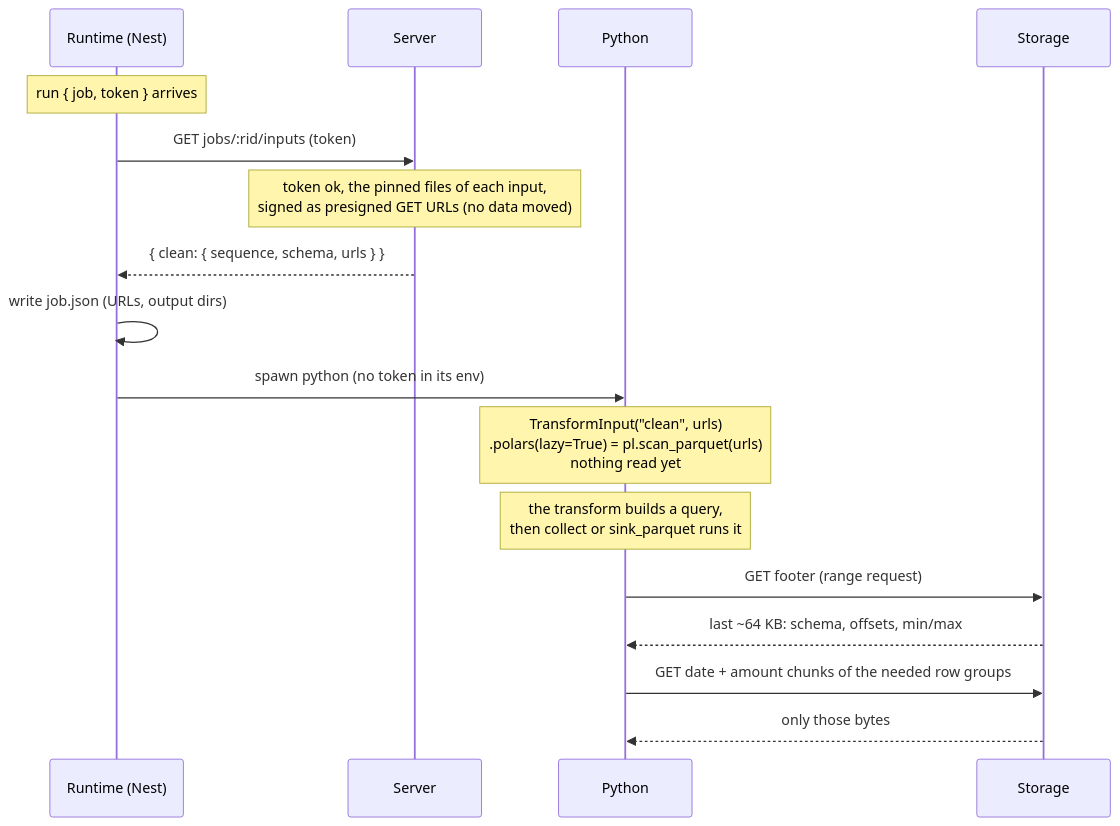
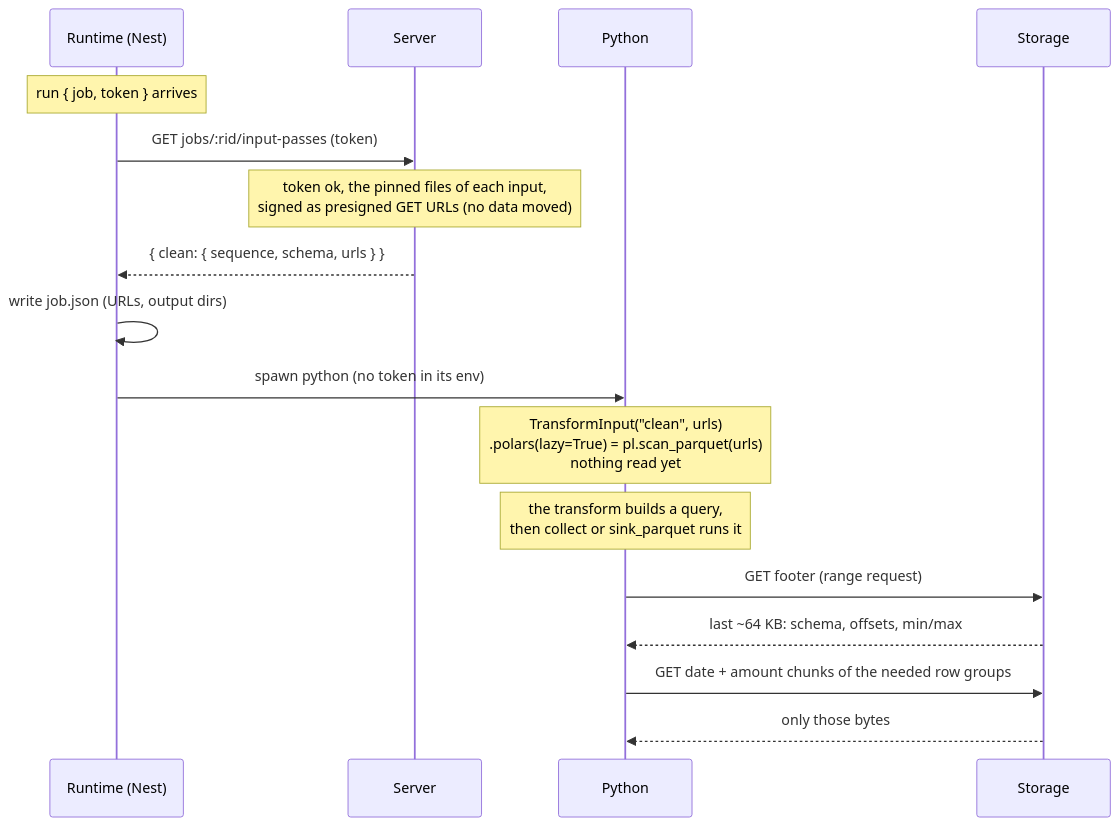
One commit to RolandTeslaru/Quarry changed the ninth of 12 diagrams in docs/design/forge-runtimes.md. Above: the diagram before and after it, drawn with Mermaid. The commit also changed other lines of this file and 34 other files, not shown here.

````diff
--- a/docs/design/forge-runtimes.md
+++ b/docs/design/forge-runtimes.md
@@ -251,20 +255,20 @@
 ```mermaid
 sequenceDiagram
     participant R as Runtime (Nest)
     participant S as Server
     participant P as Python
     participant O as Storage
 
     Note over R: run { job, token } arrives
-    R->>S: GET jobs/:rid/inputs (token)
+    R->>S: GET jobs/:rid/input-passes (token)
     Note over S: token ok, the pinned files of each input,<br/>signed as presigned GET URLs (no data moved)
     S-->>R: { clean: { sequence, schema, urls } }
     R->>R: write job.json (URLs, output dirs)
     R->>P: spawn python (no token in its env)
     Note over P: TransformInput("clean", urls)<br/>.polars(lazy=True) = pl.scan_parquet(urls)<br/>nothing read yet
     Note over P: the transform builds a query,<br/>then collect or sink_parquet runs it
     P->>O: GET footer (range request)
     O-->>P: last ~64 KB: schema, offsets, min/max
     P->>O: GET date + amount chunks of the needed row groups
     O-->>P: only those bytes
 ```
````
